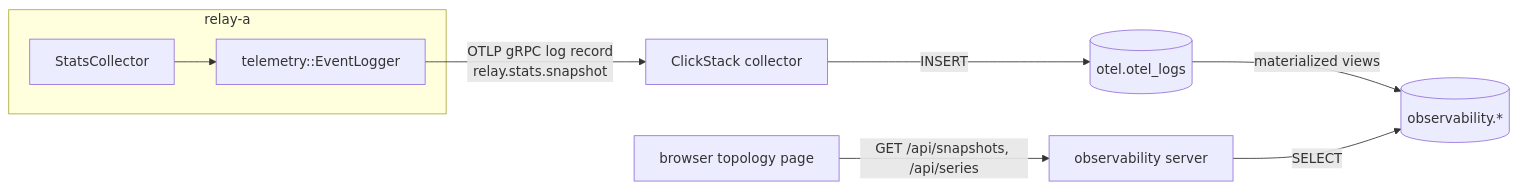
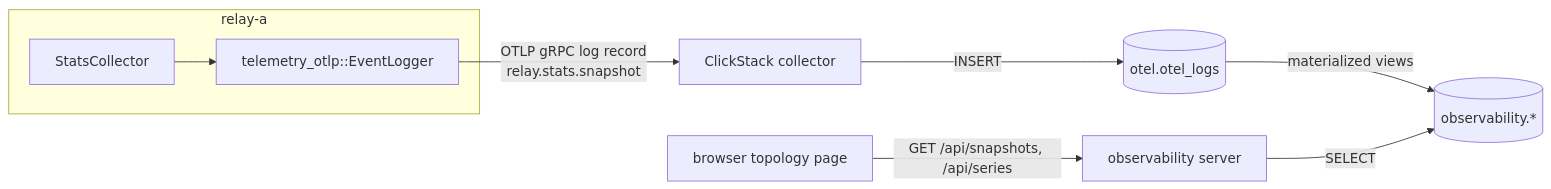
Before and after one commit to nttcom/moq-wasm: the diagram in docs/architecture/observability/architecture.md, drawn with Mermaid. The commit also changed other lines of this file and 60 other files, not shown here.

First line of the commit message:
refactor(telemetry): split the OTLP tracing setup into telemetry-otlp (#1641)

````diff
--- a/docs/architecture/observability/architecture.md
+++ b/docs/architecture/observability/architecture.md
@@ -26,11 +26,11 @@
 ```mermaid
 flowchart LR
   subgraph relay-a
-    C[StatsCollector] --> E[telemetry::EventLogger]
+    C[StatsCollector] --> E[telemetry_otlp::EventLogger]
   end
   E -- "OTLP gRPC log record<br/>relay.stats.snapshot" --> K[ClickStack collector]
   K -- INSERT --> L[(otel.otel_logs)]
   L -- "materialized views" --> T[(observability.*)]
   B[browser topology page] -- "GET /api/snapshots, /api/series" --> O[observability server]
   O -- SELECT --> T
 ```
````
